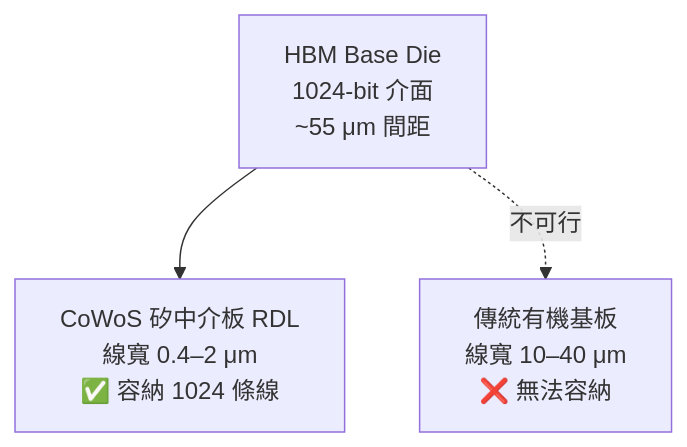
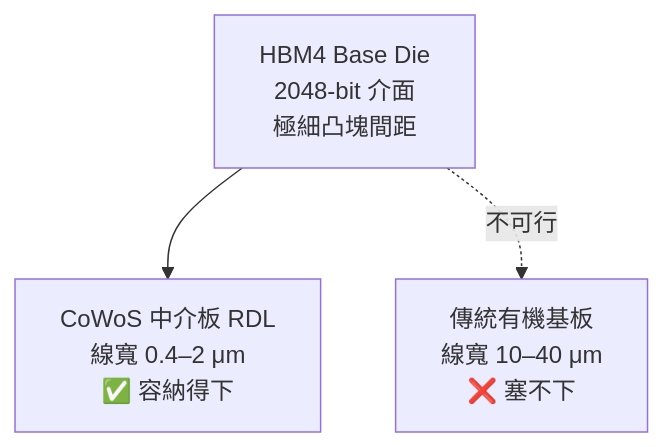
The third of 3 diagrams in docs/cowos/07-hbm-integration.md (wizardhsiehcom/book), drawn with Mermaid before and after one commit. The commit also changed other lines of this file and 33 other files, not shown here.

````diff
--- a/docs/cowos/07-hbm-integration.md
+++ b/docs/cowos/07-hbm-integration.md
@@ -51,8 +41,8 @@
 ```mermaid
 graph TB
-    HBM["HBM Base Die<br/>1024-bit 介面<br/>~55 μm 間距"]
-    RDL["CoWoS 矽中介板 RDL<br/>線寬 0.4–2 μm<br/>✅ 容納 1024 條線"]
-    ORG["傳統有機基板<br/>線寬 10–40 μm<br/>❌ 無法容納"]
+    HBM["HBM4 Base Die<br/>2048-bit 介面<br/>極細凸塊間距"]
+    RDL["CoWoS 中介板 RDL<br/>線寬 0.4–2 μm<br/>✅ 容納得下"]
+    ORG["傳統有機基板<br/>線寬 10–40 μm<br/>❌ 塞不下"]
     HBM --> RDL
     HBM -.->|"不可行"| ORG
 ```
````
